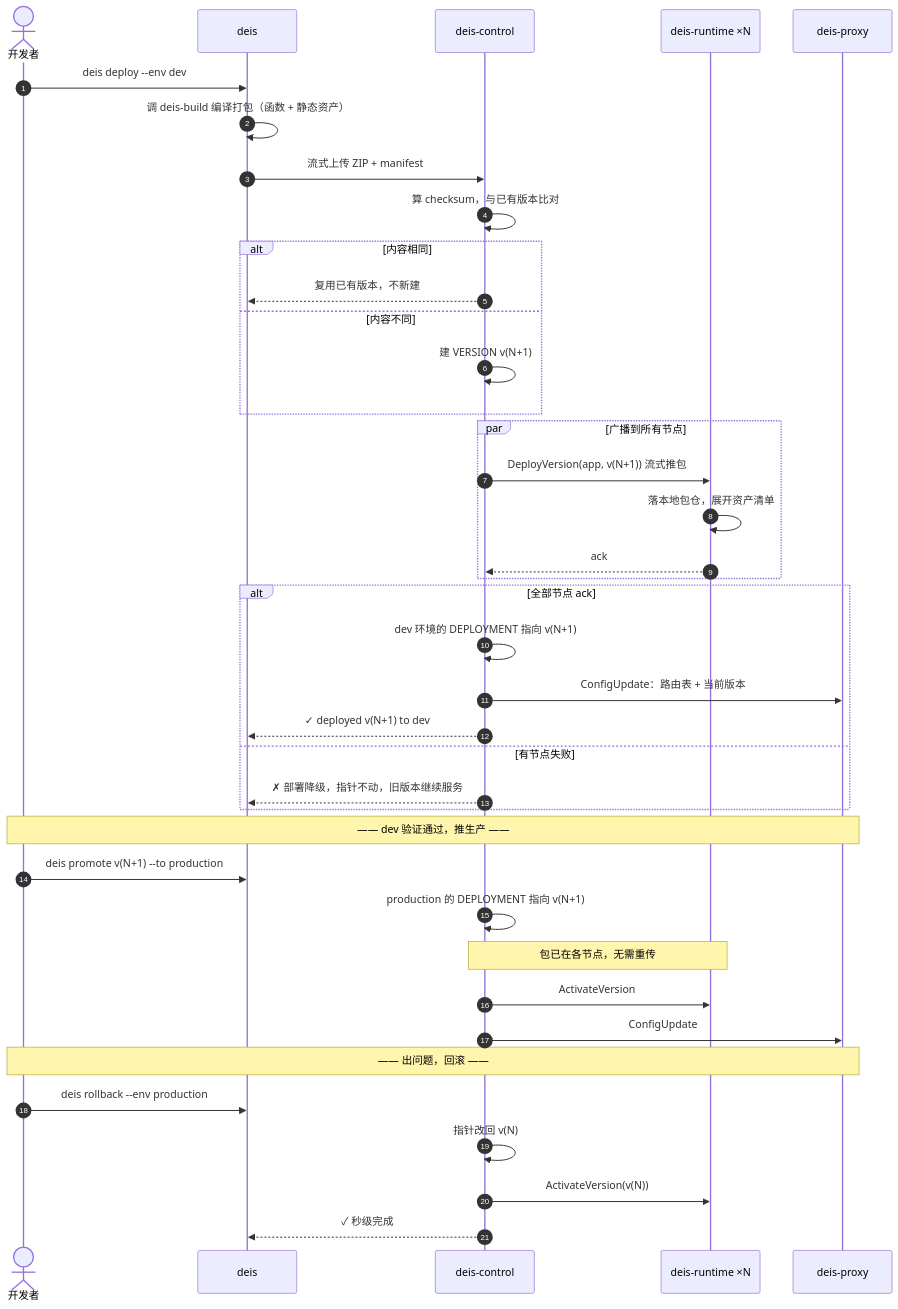
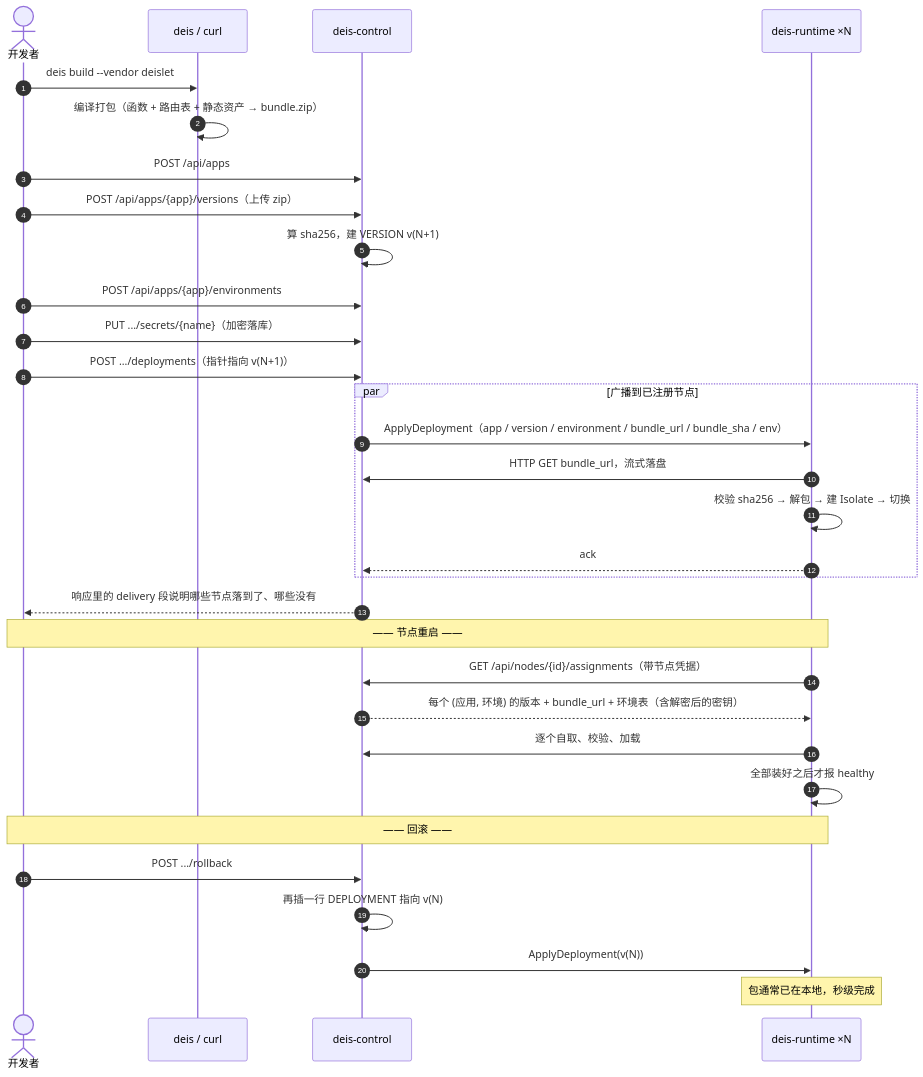
Before and after one commit to deislet/deislet: the third of 6 diagrams in docs/architecture.zh.md, drawn with Mermaid. The commit also changed other lines of this file and 111 other files, not shown here.

````diff
--- a/docs/architecture.zh.md
+++ b/docs/architecture.zh.md
@@ -199,44 +223,37 @@
 ```mermaid
 sequenceDiagram
     autonumber
     actor Dev as 开发者
-    participant CLI as deis
+    participant CLI as deis / curl
     participant R as deis-control
     participant X as deis-runtime ×N
-    participant F as deis-proxy
 
-    Dev->>CLI: deis deploy --env dev
-    CLI->>CLI: 调 deis-build 编译打包（函数 + 静态资产）
-    CLI->>R: 流式上传 ZIP + manifest
-    R->>R: 算 checksum，与已有版本比对
-    alt 内容相同
-        R-->>CLI: 复用已有版本，不新建
-    else 内容不同
-        R->>R: 建 VERSION v(N+1)
-    end
-    par 广播到所有节点
-        R->>X: DeployVersion(app, v(N+1)) 流式推包
-        X->>X: 落本地包仓，展开资产清单
+    Dev->>CLI: deis build --vendor deislet
+    CLI->>CLI: 编译打包（函数 + 路由表 + 静态资产 → bundle.zip）
+    Dev->>R: POST /api/apps
+    Dev->>R: POST /api/apps/{app}/versions（上传 zip）
+    R->>R: 算 sha256，建 VERSION v(N+1)
+    Dev->>R: POST /api/apps/{app}/environments
+    Dev->>R: PUT .../secrets/{name}（加密落库）
+    Dev->>R: POST .../deployments（指针指向 v(N+1)）
+
+    par 广播到已注册节点
+        R->>X: ApplyDeployment（app / version / environment / bundle_url / bundle_sha / env）
+        X->>R: HTTP GET bundle_url，流式落盘
+        X->>X: 校验 sha256 → 解包 → 建 Isolate → 切换
         X-->>R: ack
     end
-    alt 全部节点 ack
-        R->>R: dev 环境的 DEPLOYMENT 指向 v(N+1)
-        R->>F: ConfigUpdate：路由表 + 当前版本
-        R-->>CLI: ✓ deployed v(N+1) to dev
-    else 有节点失败
-        R-->>CLI: ✗ 部署降级，指针不动，旧版本继续服务
-    end
+    R-->>Dev: 响应里的 delivery 段说明哪些节点落到了、哪些没有
 
-    Note over Dev,F: —— dev 验证通过，推生产 ——
-    Dev->>CLI: deis promote v(N+1) --to production
-    R->>R: production 的 DEPLOYMENT 指向 v(N+1)
-    Note over R,X: 包已在各节点，无需重传
-    R->>X: ActivateVersion
-    R->>F: ConfigUpdate
+    Note over Dev,X: —— 节点重启 ——
+    X->>R: GET /api/nodes/{id}/assignments（带节点凭据）
+    R-->>X: 每个 (应用, 环境) 的版本 + bundle_url + 环境表（含解密后的密钥）
+    X->>R: 逐个自取、校验、加载
+    X->>X: 全部装好之后才报 healthy
 
-    Note over Dev,F: —— 出问题，回滚 ——
-    Dev->>CLI: deis rollback --env production
-    R->>R: 指针改回 v(N)
-    R->>X: ActivateVersion(v(N))
-    R-->>CLI: ✓ 秒级完成
+    Note over Dev,X: —— 回滚 ——
+    Dev->>R: POST .../rollback
+    R->>R: 再插一行 DEPLOYMENT 指向 v(N)
+    R->>X: ApplyDeployment(v(N))
+    Note over X: 包通常已在本地，秒级完成
 ```
````
